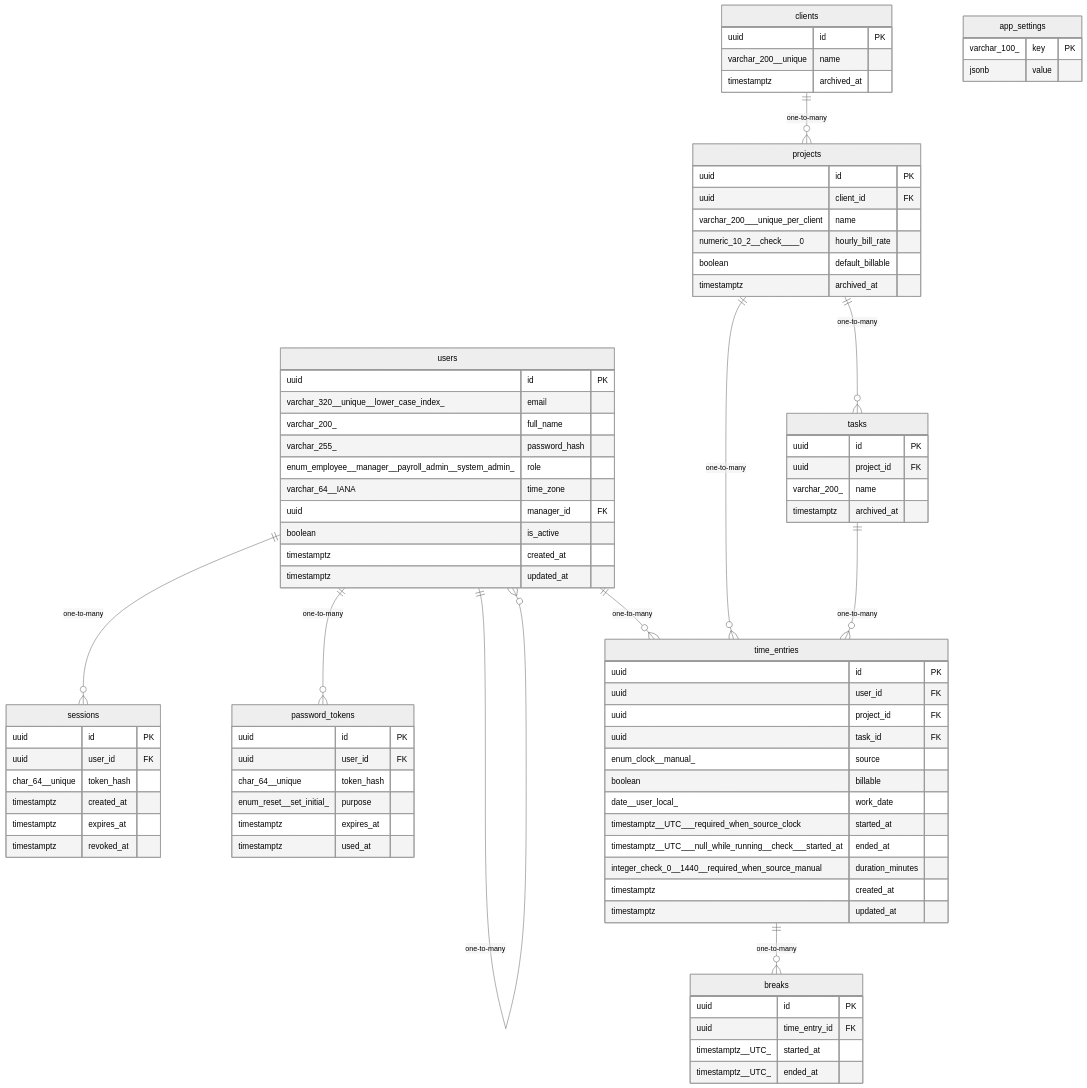
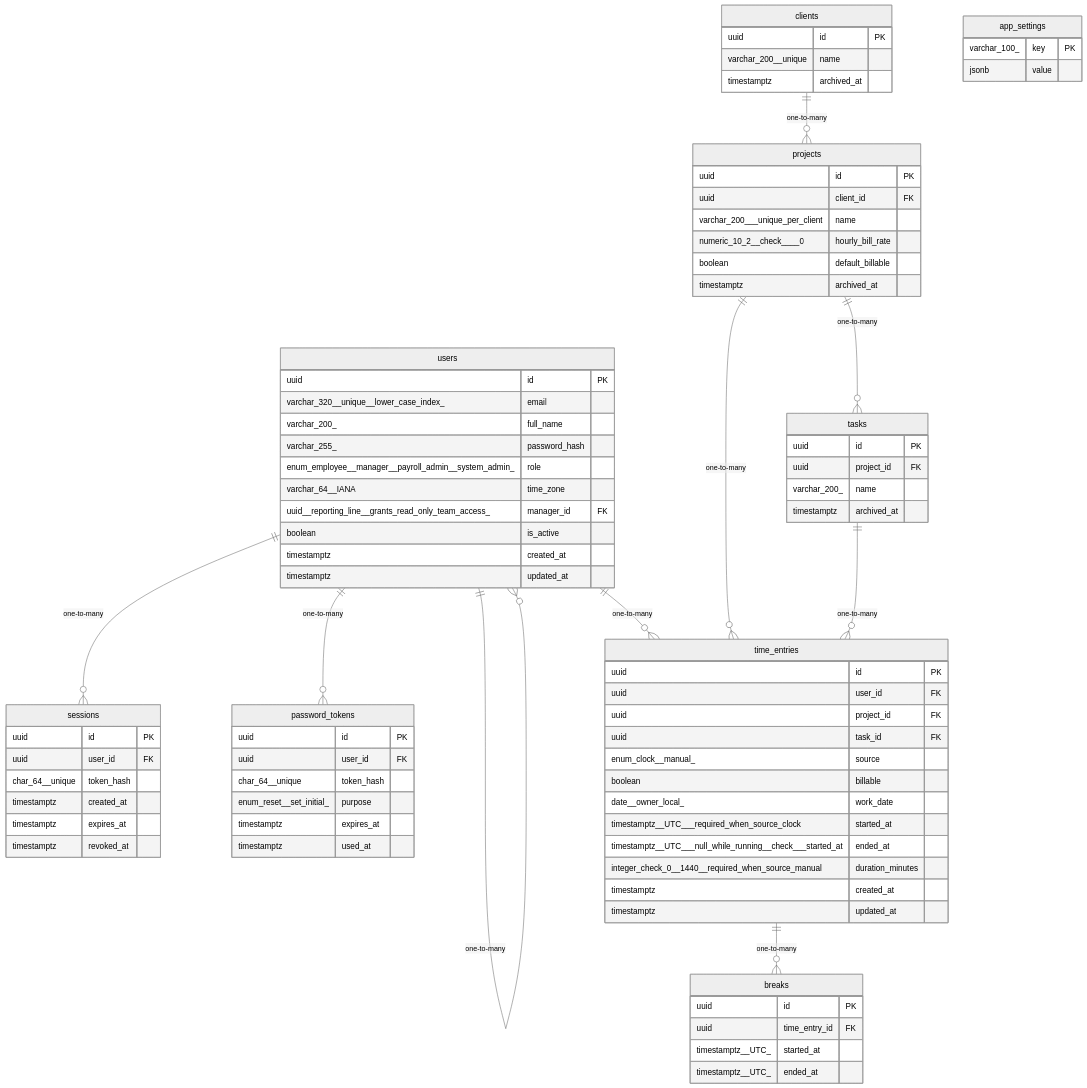
The diagram in docs/sdlc/architecture/data-model.md (pavands20/timetrack-pro-v1), drawn with Mermaid (neutral theme) before and after one commit. The commit also changed other lines of this file and 12 other files, not shown here.

```diff
--- a/docs/sdlc/architecture/data-model.md
+++ b/docs/sdlc/architecture/data-model.md
@@ -124,7 +124,7 @@
     varchar_255_ password_hash
     enum_employee__manager__payroll_admin__system_admin_ role
     varchar_64__IANA time_zone
-    uuid manager_id FK
+    uuid__reporting_line__grants_read_only_team_access_ manager_id FK
     boolean is_active
     timestamptz created_at
     timestamptz updated_at
@@ -171,7 +171,7 @@
     uuid task_id FK
     enum_clock__manual_ source
     boolean billable
-    date__user_local_ work_date
+    date__owner_local_ work_date
     timestamptz__UTC___required_when_source_clock started_at
     timestamptz__UTC___null_while_running__check___started_at ended_at
     integer_check_0__1440__required_when_source_manual duration_minutes
```
